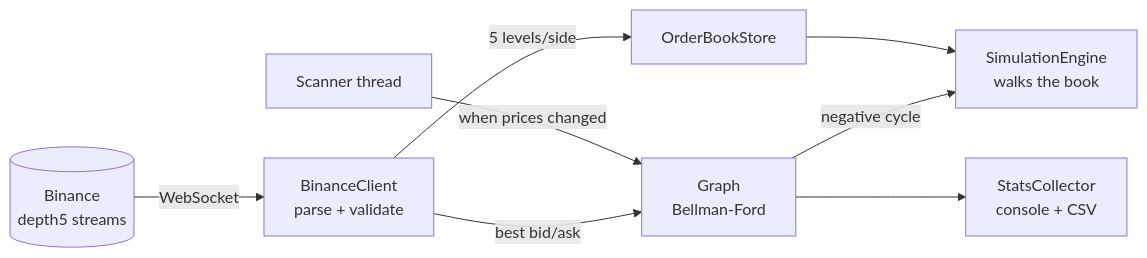
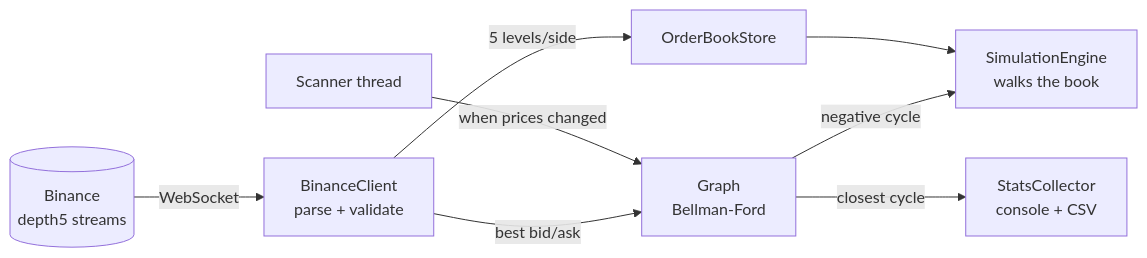
Before and after one commit to AsafCo2211/crypto-arbitrage-engine: the diagram in README.md, drawn with Mermaid. The commit also changed other lines of this file, not shown here.

Commit message:
docs: explain the closest-cycle metric

````diff
--- a/README.md
+++ b/README.md
@@ -52,10 +65,10 @@
 ```mermaid
 flowchart LR
     BN[(Binance<br/>depth5 streams)] -- WebSocket --> BC[BinanceClient<br/>parse + validate]
     BC -- best bid/ask --> G[Graph<br/>Bellman-Ford]
     BC -- 5 levels/side --> OB[OrderBookStore]
     SC[Scanner thread] -- when prices changed --> G
     G -- negative cycle --> SE[SimulationEngine<br/>walks the book]
     OB --> SE
-    G --> ST[StatsCollector<br/>console + CSV]
+    G -- closest cycle --> ST[StatsCollector<br/>console + CSV]
 ```
````
